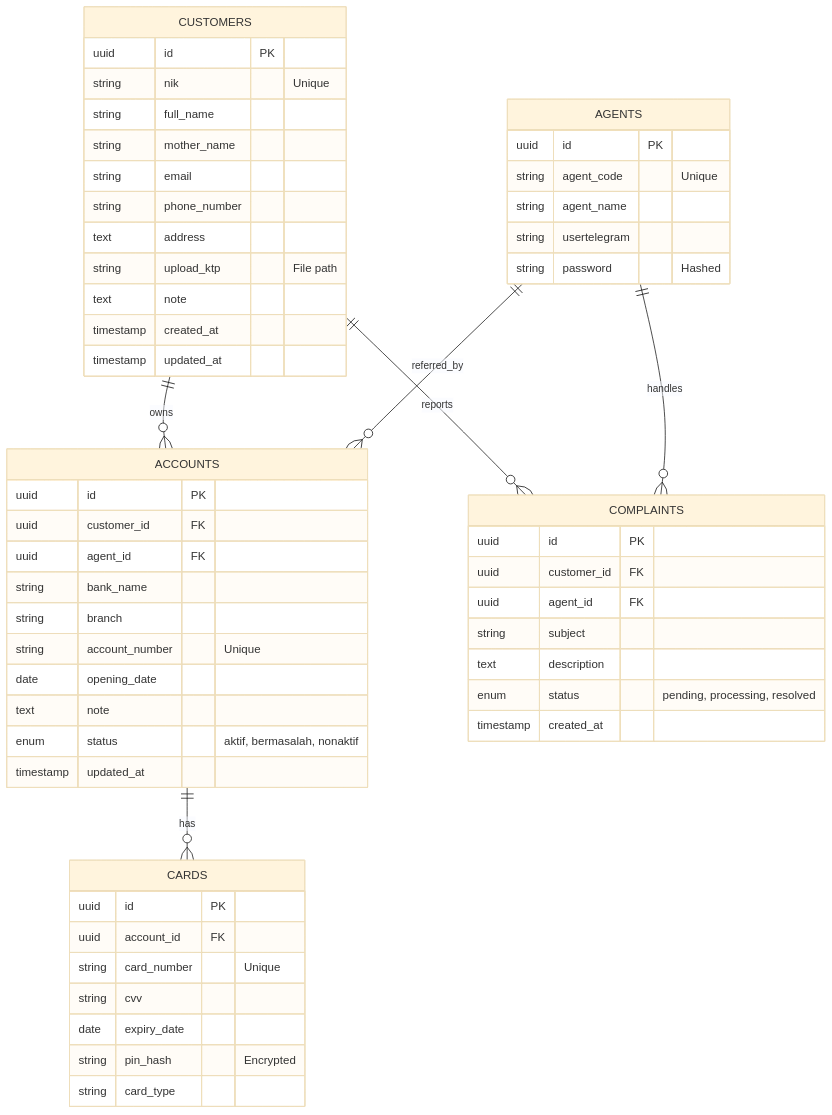
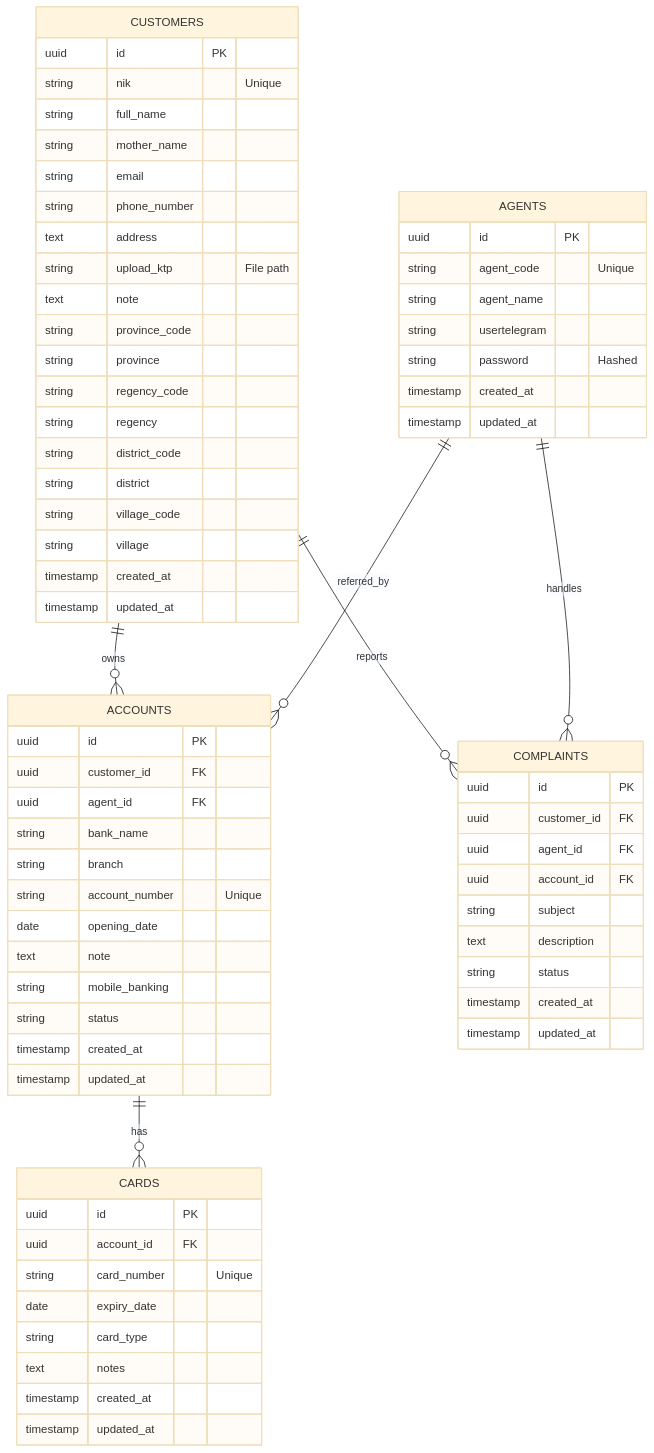
Before and after one commit to abunda77/rekening: the diagram in Planning.md, drawn with Mermaid (base theme). The commit also changed other lines of this file and 1 other file, not shown here.

````diff
--- a/Planning.md
+++ b/Planning.md
@@ -8,63 +8,78 @@
 ```mermaid
 erDiagram
     CUSTOMERS ||--o{ ACCOUNTS : "owns"
     CUSTOMERS ||--o{ COMPLAINTS : "reports"
     ACCOUNTS ||--o{ CARDS : "has"
     AGENTS ||--o{ COMPLAINTS : "handles"
     AGENTS ||--o{ ACCOUNTS : "referred_by"
 
     CUSTOMERS {
         uuid id PK
         string nik "Unique"
         string full_name
         string mother_name
         string email
         string phone_number
         text address
         string upload_ktp "File path"
         text note
+        string province_code
+        string province
+        string regency_code
+        string regency
+        string district_code
+        string district
+        string village_code
+        string village
         timestamp created_at
         timestamp updated_at
     }
 
     ACCOUNTS {
         uuid id PK
         uuid customer_id FK
         uuid agent_id FK
         string bank_name
         string branch
         string account_number "Unique"
         date opening_date
         text note
-        enum status "aktif, bermasalah, nonaktif"
+        string mobile_banking
+        string status
+        timestamp created_at
         timestamp updated_at
     }
 
     CARDS {
         uuid id PK
         uuid account_id FK
         string card_number "Unique"
-        string cvv
         date expiry_date
-        string pin_hash "Encrypted"
         string card_type
+        text notes
+        timestamp created_at
+        timestamp updated_at
     }
 
     AGENTS {
         uuid id PK
         string agent_code "Unique"
         string agent_name
         string usertelegram
         string password "Hashed"
+        timestamp created_at
+        timestamp updated_at
     }
 
     COMPLAINTS {
         uuid id PK
         uuid customer_id FK
         uuid agent_id FK
+        uuid account_id FK
         string subject
         text description
-        enum status "pending, processing, resolved"
+        string status
         timestamp created_at
+        timestamp updated_at
     }
 ```
````
